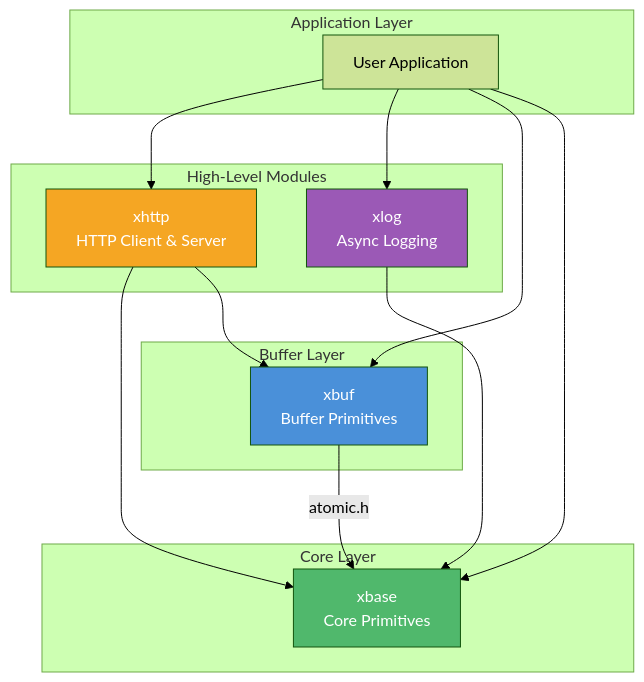
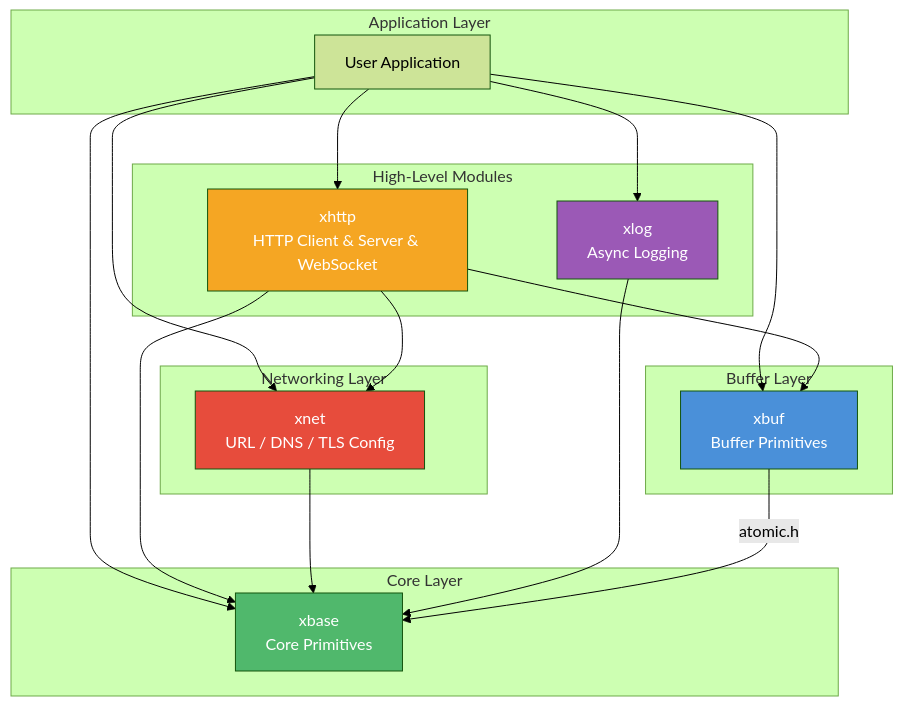
One commit to mivinci/DownloadKit changed the first of 2 diagrams in docs/README.md. Above: the diagram before and after it, drawn with Mermaid (forest theme). The commit also changed other lines of this file and 13 other files, not shown here.

````diff
--- a/docs/README.md
+++ b/docs/README.md
@@ -10,33 +10,41 @@
 ```mermaid
 graph TD
     subgraph "Application Layer"
         APP["User Application"]
     end
 
     subgraph "High-Level Modules"
-        XHTTP["xhttp<br/>HTTP Client &amp; Server"]
+        XHTTP["xhttp<br/>HTTP Client &amp; Server &amp; WebSocket"]
         XLOG["xlog<br/>Async Logging"]
+    end
+
+    subgraph "Networking Layer"
+        XNET["xnet<br/>URL / DNS / TLS Config"]
     end
 
     subgraph "Buffer Layer"
         XBUF["xbuf<br/>Buffer Primitives"]
     end
 
     subgraph "Core Layer"
         XBASE["xbase<br/>Core Primitives"]
     end
 
     APP --> XHTTP
     APP --> XLOG
+    APP --> XNET
     APP --> XBUF
     APP --> XBASE
+    XHTTP --> XNET
     XHTTP --> XBASE
     XHTTP --> XBUF
+    XNET --> XBASE
     XLOG --> XBASE
     XBUF -->|"atomic.h"| XBASE
 
     style XBASE fill:#50b86c,color:#fff
     style XBUF fill:#4a90d9,color:#fff
+    style XNET fill:#e74c3c,color:#fff
     style XHTTP fill:#f5a623,color:#fff
     style XLOG fill:#9b59b6,color:#fff
 ```
````
